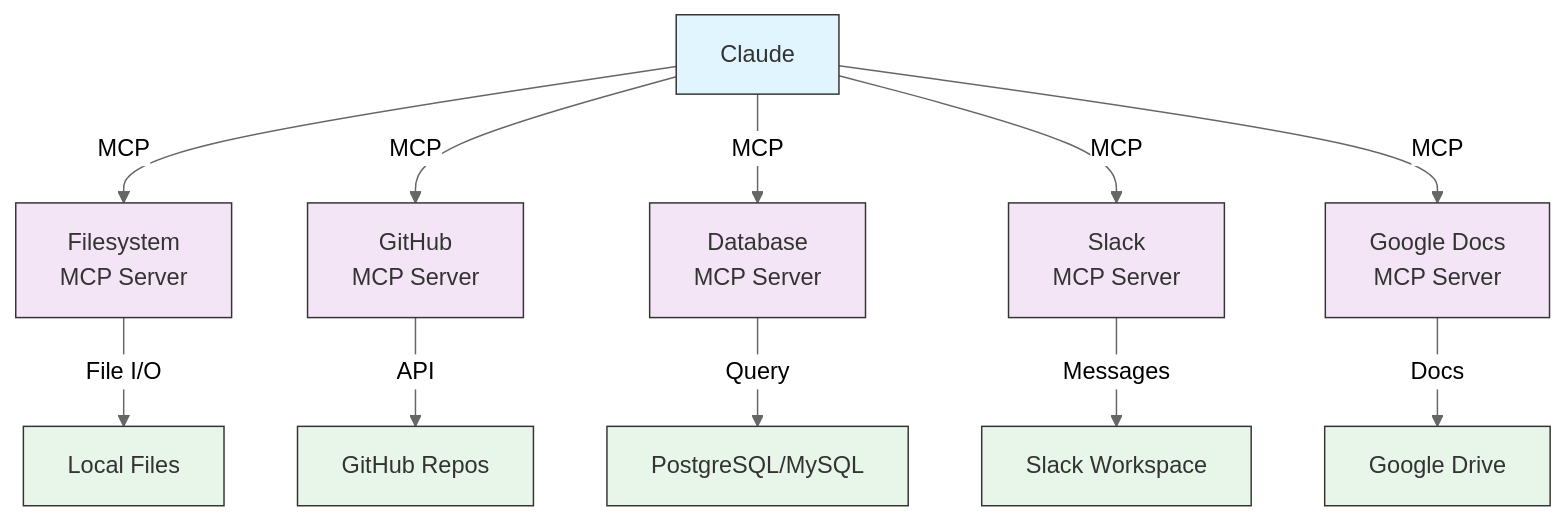
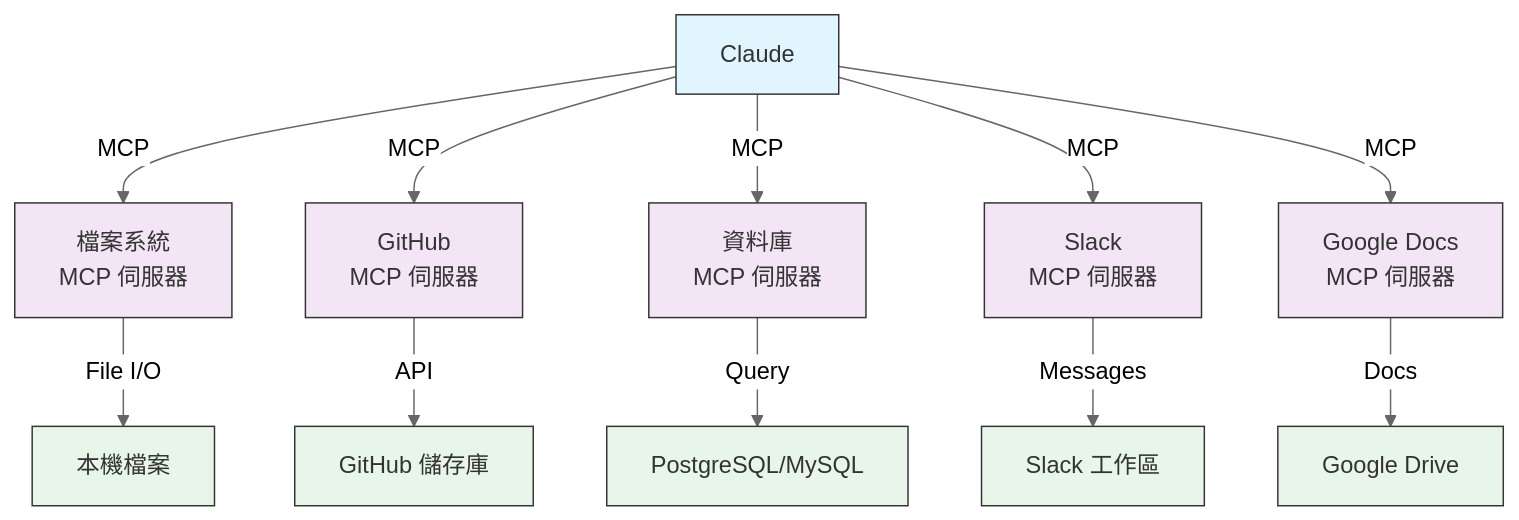
The second of 7 diagrams in 05-mcp/README.md (huckly/claude-howto-zh-tw), drawn with Mermaid (neutral theme) before and after one commit. The commit also changed other lines of this file, not shown here.

Commit message:
🔌 05-mcp：MCP Protocol — 同步上游更新並翻譯

````diff
--- a/05-mcp/README.md
+++ b/05-mcp/README.md
@@ -50,26 +46,26 @@
 ```mermaid
 graph TB
-    A["Claude"] -->|MCP| B["Filesystem<br/>MCP Server"]
-    A -->|MCP| C["GitHub<br/>MCP Server"]
-    A -->|MCP| D["Database<br/>MCP Server"]
-    A -->|MCP| E["Slack<br/>MCP Server"]
-    A -->|MCP| F["Google Docs<br/>MCP Server"]
+    A["Claude"] -->|MCP| B["檔案系統<br/>MCP 伺服器"]
+    A -->|MCP| C["GitHub<br/>MCP 伺服器"]
+    A -->|MCP| D["資料庫<br/>MCP 伺服器"]
+    A -->|MCP| E["Slack<br/>MCP 伺服器"]
+    A -->|MCP| F["Google Docs<br/>MCP 伺服器"]
 
-    B -->|File I/O| G["Local Files"]
-    C -->|API| H["GitHub Repos"]
+    B -->|File I/O| G["本機檔案"]
+    C -->|API| H["GitHub 儲存庫"]
     D -->|Query| I["PostgreSQL/MySQL"]
-    E -->|Messages| J["Slack Workspace"]
+    E -->|Messages| J["Slack 工作區"]
     F -->|Docs| K["Google Drive"]
 
     style A fill:#e1f5fe,stroke:#333,color:#333
     style B fill:#f3e5f5,stroke:#333,color:#333
     style C fill:#f3e5f5,stroke:#333,color:#333
     style D fill:#f3e5f5,stroke:#333,color:#333
     style E fill:#f3e5f5,stroke:#333,color:#333
     style F fill:#f3e5f5,stroke:#333,color:#333
     style G fill:#e8f5e9,stroke:#333,color:#333
     style H fill:#e8f5e9,stroke:#333,color:#333
     style I fill:#e8f5e9,stroke:#333,color:#333
     style J fill:#e8f5e9,stroke:#333,color:#333
     style K fill:#e8f5e9,stroke:#333,color:#333
 ```
````
